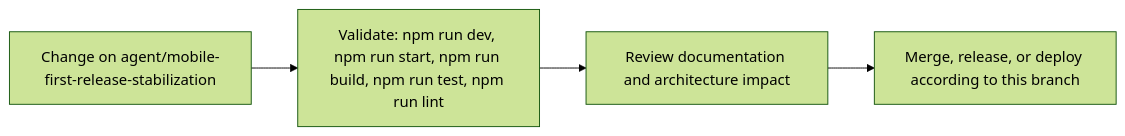
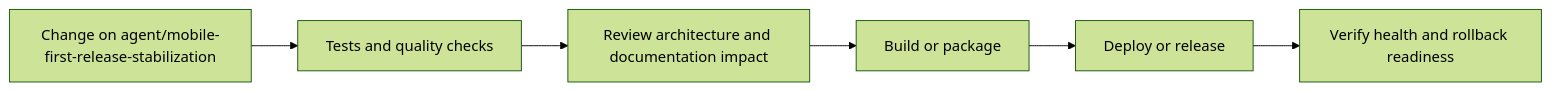
The fifth of 6 diagrams in README.md (Nischhalsubba/BindForge-NW), drawn with Mermaid (forest theme) before and after one commit. The commit also changed other lines of this file, not shown here.

````diff
--- a/README.md
+++ b/README.md
@@ -86,8 +182,8 @@
 ```mermaid
 flowchart LR
-    CHANGE["Change on agent/mobile-first-release-stabilization"]
-    CHECK["Validate: npm run dev, npm run start, npm run build, npm run test, npm run lint"]
-    REVIEW["Review documentation and architecture impact"]
-    RELEASE["Merge, release, or deploy according to this branch"]
-    CHANGE --> CHECK --> REVIEW --> RELEASE
+    CHANGE["Change on agent/mobile-first-release-stabilization"] --> CHECK["Tests and quality checks"]
+    CHECK --> REVIEW["Review architecture and documentation impact"]
+    REVIEW --> BUILD["Build or package"]
+    BUILD --> DEPLOY["Deploy or release"]
+    DEPLOY --> VERIFY["Verify health and rollback readiness"]
 ```
````
